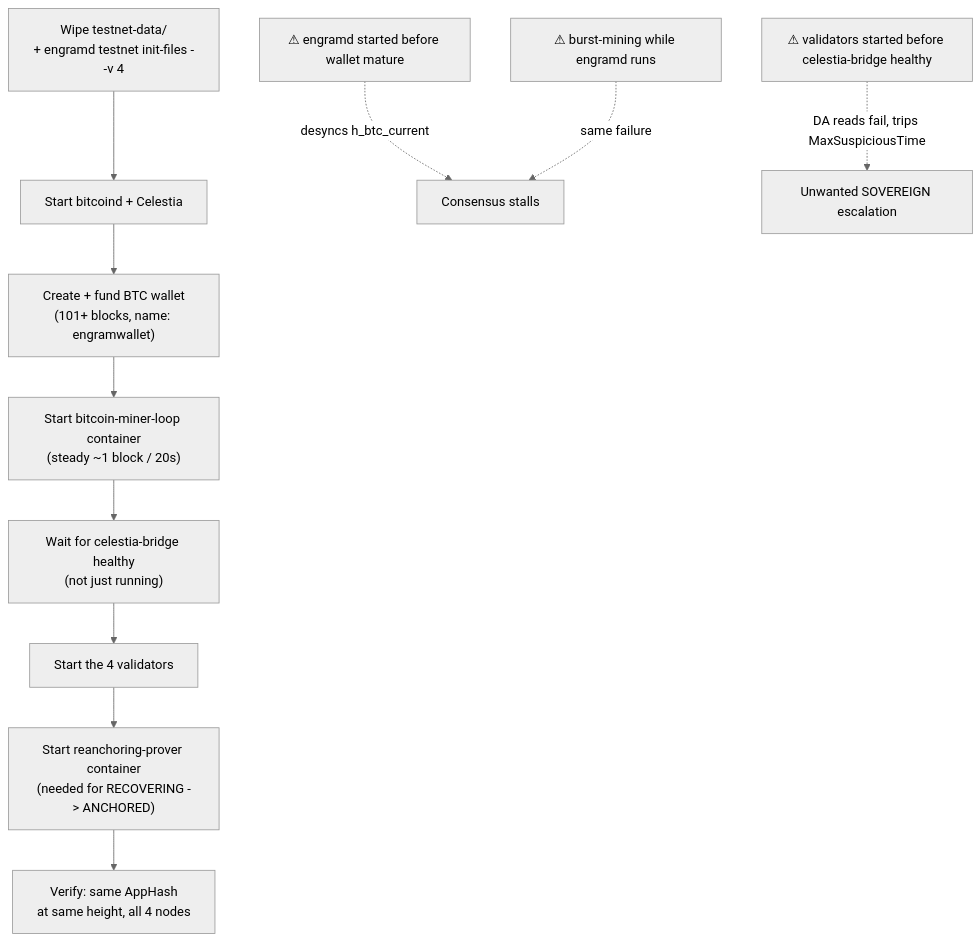
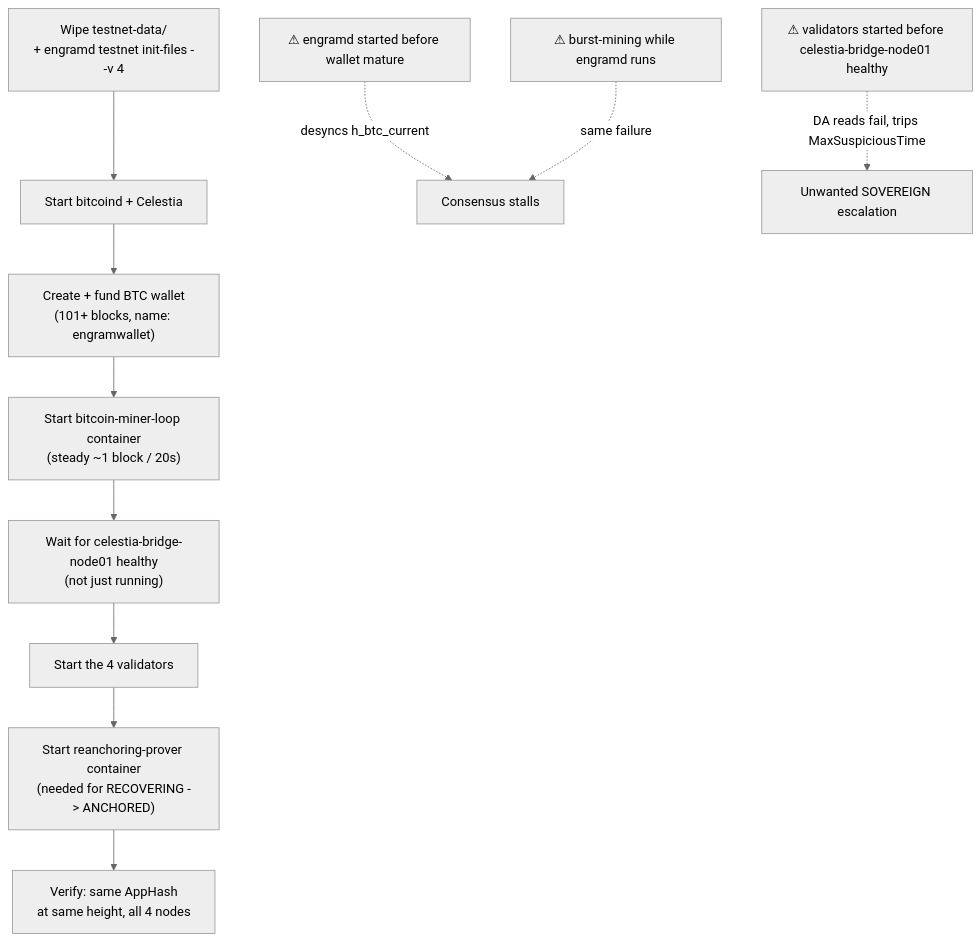
The first of 4 diagrams in docs/DEVELOPMENT.md (cuongct924/engram-sovereign-fsm), drawn with Mermaid (neutral theme) before and after one commit. The commit also changed other lines of this file and 2 other files, not shown here.

First line of the commit message:
docs: fix stale 4-node/celestia-bridge references in ARCHITECTURE, DEVELOPMENT, spec/README

````diff
--- a/docs/DEVELOPMENT.md
+++ b/docs/DEVELOPMENT.md
@@ -191,14 +189,14 @@
 ```mermaid
 flowchart TD
     A["Wipe testnet-data/\n+ engramd testnet init-files --v 4"] --> B["Start bitcoind + Celestia"]
     B --> C["Create + fund BTC wallet\n(101+ blocks, name: engramwallet)"]
     C --> D["Start bitcoin-miner-loop container\n(steady ~1 block / 20s)"]
-    D --> W["Wait for celestia-bridge healthy\n(not just running)"]
+    D --> W["Wait for celestia-bridge-node01 healthy\n(not just running)"]
     W --> E["Start the 4 validators"]
     E --> F["Start reanchoring-prover container\n(needed for RECOVERING -> ANCHORED)"]
     F --> Ver["Verify: same AppHash\nat same height, all 4 nodes"]
 
     G["⚠ engramd started before wallet mature"] -.->|desyncs h_btc_current| H["Consensus stalls"]
     I["⚠ burst-mining while engramd runs"] -.->|same failure| H
-    J["⚠ validators started before celestia-bridge healthy"] -.->|DA reads fail, trips MaxSuspiciousTime| K["Unwanted SOVEREIGN escalation"]
+    J["⚠ validators started before celestia-bridge-node01 healthy"] -.->|DA reads fail, trips MaxSuspiciousTime| K["Unwanted SOVEREIGN escalation"]
 ```
````
